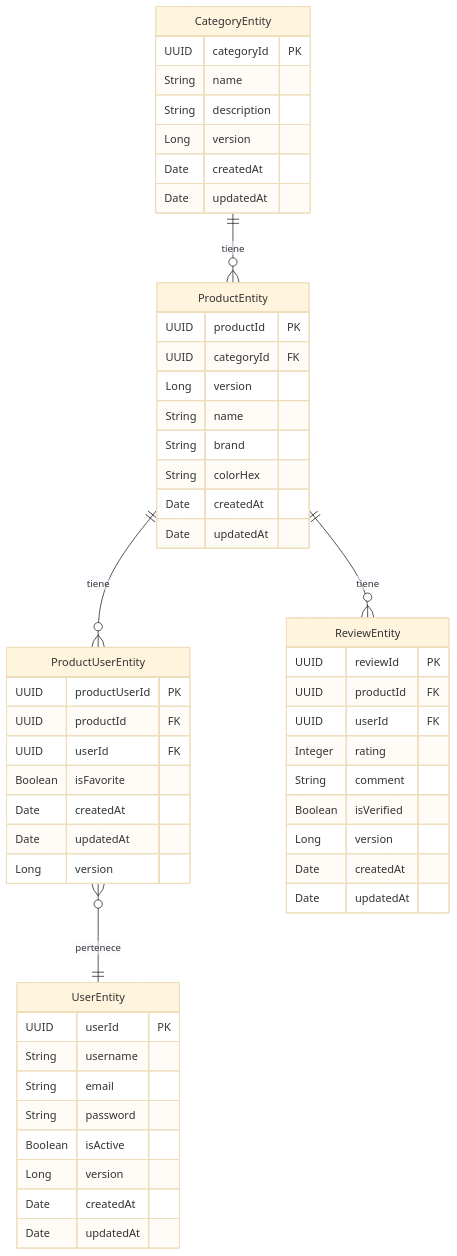
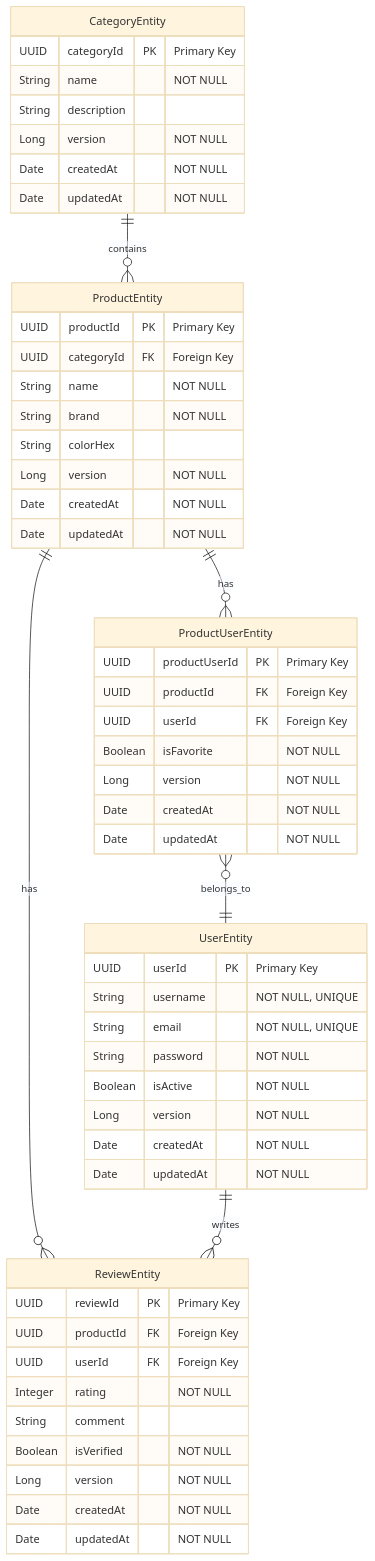
Before and after one commit to karepanda/myvanitys-api: the diagram in snippet.mermaid, drawn with Mermaid (base theme). The commit also changed 3 other files, not shown here.

Commit message:
VANITYS11:Enhance repository tests and add exception handling: implement tests for category and review repositories, including scenarios for not found cases and database exceptions

```diff
--- a/snippet.mermaid
+++ b/snippet.mermaid
@@ -1,58 +1,59 @@
 erDiagram
-    CategoryEntity ||--o{ ProductEntity : "tiene"
-    ProductEntity ||--o{ ProductUserEntity : "tiene"
-    ProductEntity ||--o{ ReviewEntity : "tiene"
-    ProductUserEntity }o--|| UserEntity : "pertenece"
+    CategoryEntity ||--o{ ProductEntity : "contains"
+    ProductEntity ||--o{ ProductUserEntity : "has"
+    ProductEntity ||--o{ ReviewEntity : "has"
+    ProductUserEntity }o--|| UserEntity : "belongs_to"
+    UserEntity ||--o{ ReviewEntity : "writes"
 
     CategoryEntity {
-        UUID categoryId PK
-        String name
+        UUID categoryId PK "Primary Key"
+        String name "NOT NULL"
         String description
-        Long version
-        Date createdAt
-        Date updatedAt
+        Long version "NOT NULL"
+        Date createdAt "NOT NULL"
+        Date updatedAt "NOT NULL"
     }
 
     ProductEntity {
-        UUID productId PK
-        UUID categoryId FK
-        Long version
-        String name
-        String brand
+        UUID productId PK "Primary Key"
+        UUID categoryId FK "Foreign Key"
+        String name "NOT NULL"
+        String brand "NOT NULL"
         String colorHex
-        Date createdAt
-        Date updatedAt
+        Long version "NOT NULL"
+        Date createdAt "NOT NULL"
+        Date updatedAt "NOT NULL"
     }
 
     ProductUserEntity {
-        UUID productUserId PK
-        UUID productId FK
-        UUID userId FK
-        Boolean isFavorite
-        Date createdAt
-        Date updatedAt
-        Long version
+        UUID productUserId PK "Primary Key"
+        UUID productId FK "Foreign Key"
+        UUID userId FK "Foreign Key"
+        Boolean isFavorite "NOT NULL"
+        Long version "NOT NULL"
+        Date createdAt "NOT NULL"
+        Date updatedAt "NOT NULL"
     }
 
     ReviewEntity {
-        UUID reviewId PK
-        UUID productId FK
-        UUID userId FK
-        Integer rating
+        UUID reviewId PK "Primary Key"
+        UUID productId FK "Foreign Key"
+        UUID userId FK "Foreign Key"
+        Integer rating "NOT NULL"
         String comment
-        Boolean isVerified
-        Long version
-        Date createdAt
-        Date updatedAt
+        Boolean isVerified "NOT NULL"
+        Long version "NOT NULL"
+        Date createdAt "NOT NULL"
+        Date updatedAt "NOT NULL"
     }
 
     UserEntity {
-        UUID userId PK
-        String username
-        String email
-        String password
-        Boolean isActive
-        Long version
-        Date createdAt
-        Date updatedAt
+        UUID userId PK "Primary Key"
+        String username "NOT NULL, UNIQUE"
+        String email "NOT NULL, UNIQUE"
+        String password "NOT NULL"
+        Boolean isActive "NOT NULL"
+        Long version "NOT NULL"
+        Date createdAt "NOT NULL"
+        Date updatedAt "NOT NULL"
     }
```
